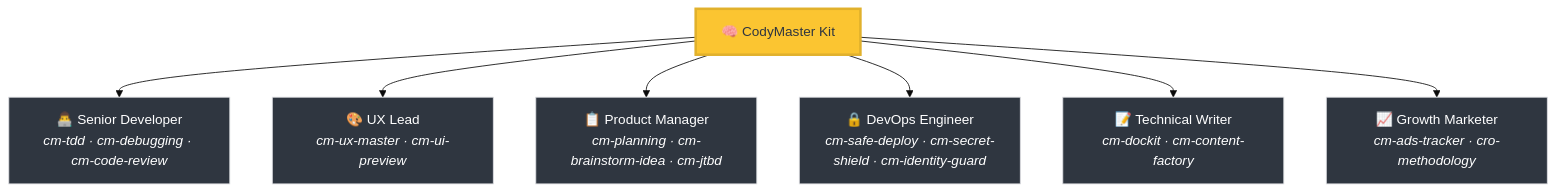
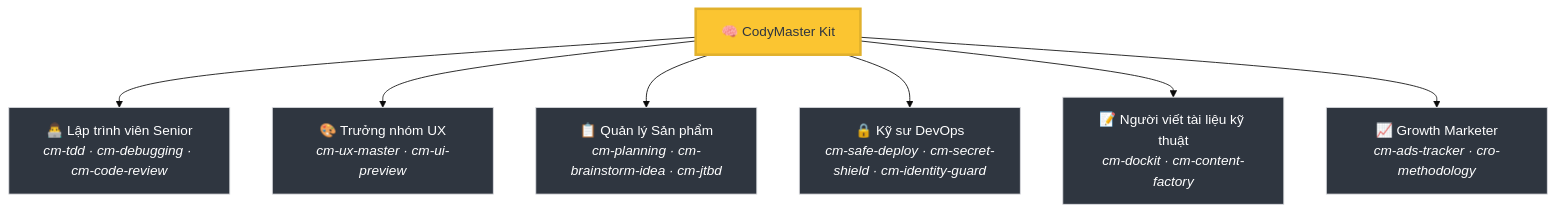
One commit to tody-agent/codymaster changed the first of 3 diagrams in README-vi.md. Above: the diagram before and after it, drawn with Mermaid (base theme). The commit also changed other lines of this file and 27 other files, not shown here.

````diff
--- a/README-vi.md
+++ b/README-vi.md
@@ -56,12 +56,12 @@
 ```mermaid
 graph TD
-    A["🧠 CodyMaster Kit"] --> B["👨‍💻 Senior Developer<br/><i>cm-tdd · cm-debugging · cm-code-review</i>"]
-    A --> C["🎨 UX Lead<br/><i>cm-ux-master · cm-ui-preview</i>"]
-    A --> D["📋 Product Manager<br/><i>cm-planning · cm-brainstorm-idea · cm-jtbd</i>"]
-    A --> E["🔒 DevOps Engineer<br/><i>cm-safe-deploy · cm-secret-shield · cm-identity-guard</i>"]
-    A --> F["📝 Technical Writer<br/><i>cm-dockit · cm-content-factory</i>"]
+    A["🧠 CodyMaster Kit"] --> B["👨‍💻 Lập trình viên Senior<br/><i>cm-tdd · cm-debugging · cm-code-review</i>"]
+    A --> C["🎨 Trưởng nhóm UX<br/><i>cm-ux-master · cm-ui-preview</i>"]
+    A --> D["📋 Quản lý Sản phẩm<br/><i>cm-planning · cm-brainstorm-idea · cm-jtbd</i>"]
+    A --> E["🔒 Kỹ sư DevOps<br/><i>cm-safe-deploy · cm-secret-shield · cm-identity-guard</i>"]
+    A --> F["📝 Người viết tài liệu kỹ thuật<br/><i>cm-dockit · cm-content-factory</i>"]
     A --> G["📈 Growth Marketer<br/><i>cm-ads-tracker · cro-methodology</i>"]
     style A fill:#fbc531,stroke:#e1b12c,color:#2f3640,stroke-width:3px
     classDef team fill:#2f3640,stroke:#dcdde1,stroke-width:1px,color:#fff;
     class B,C,D,E,F,G team;
 ```
````
